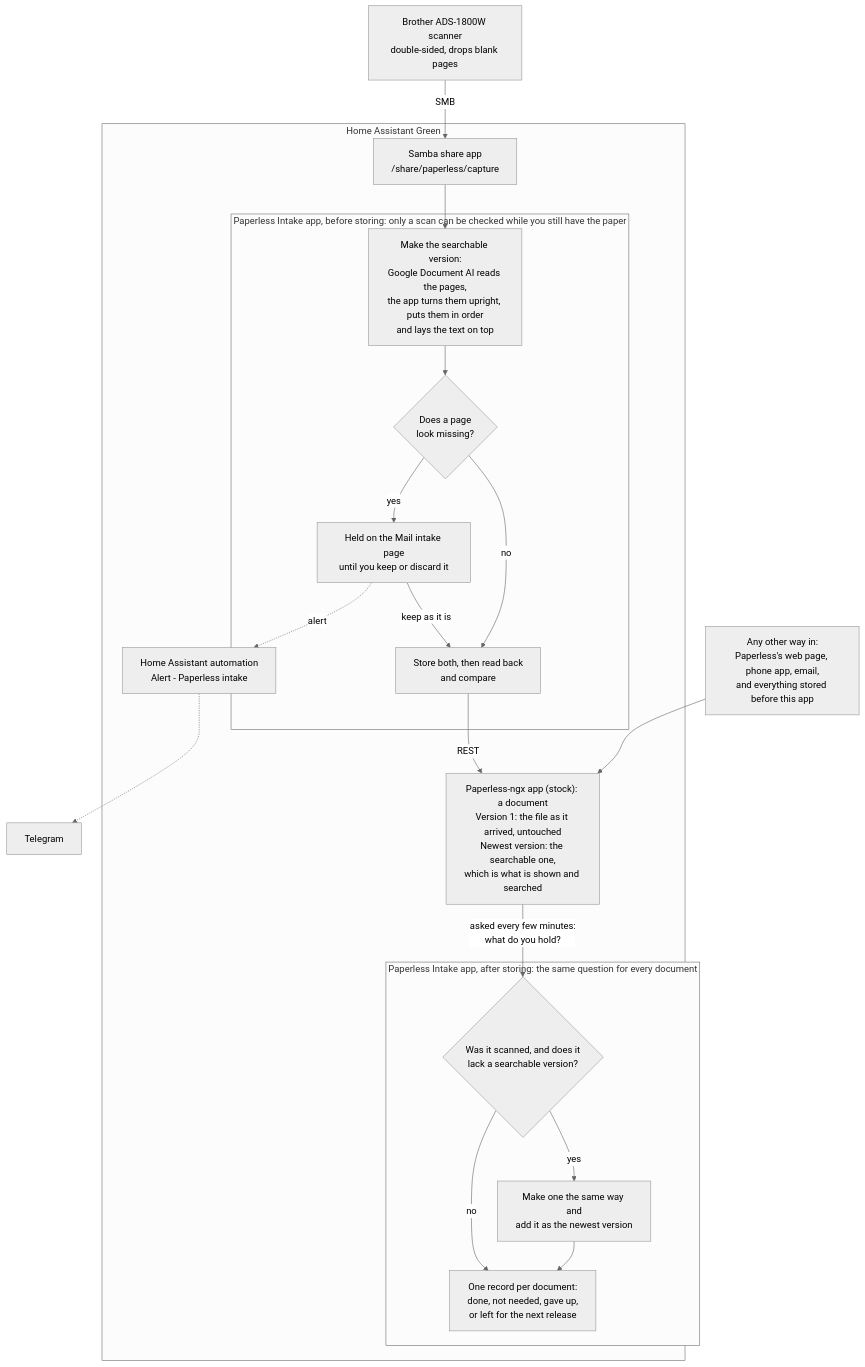
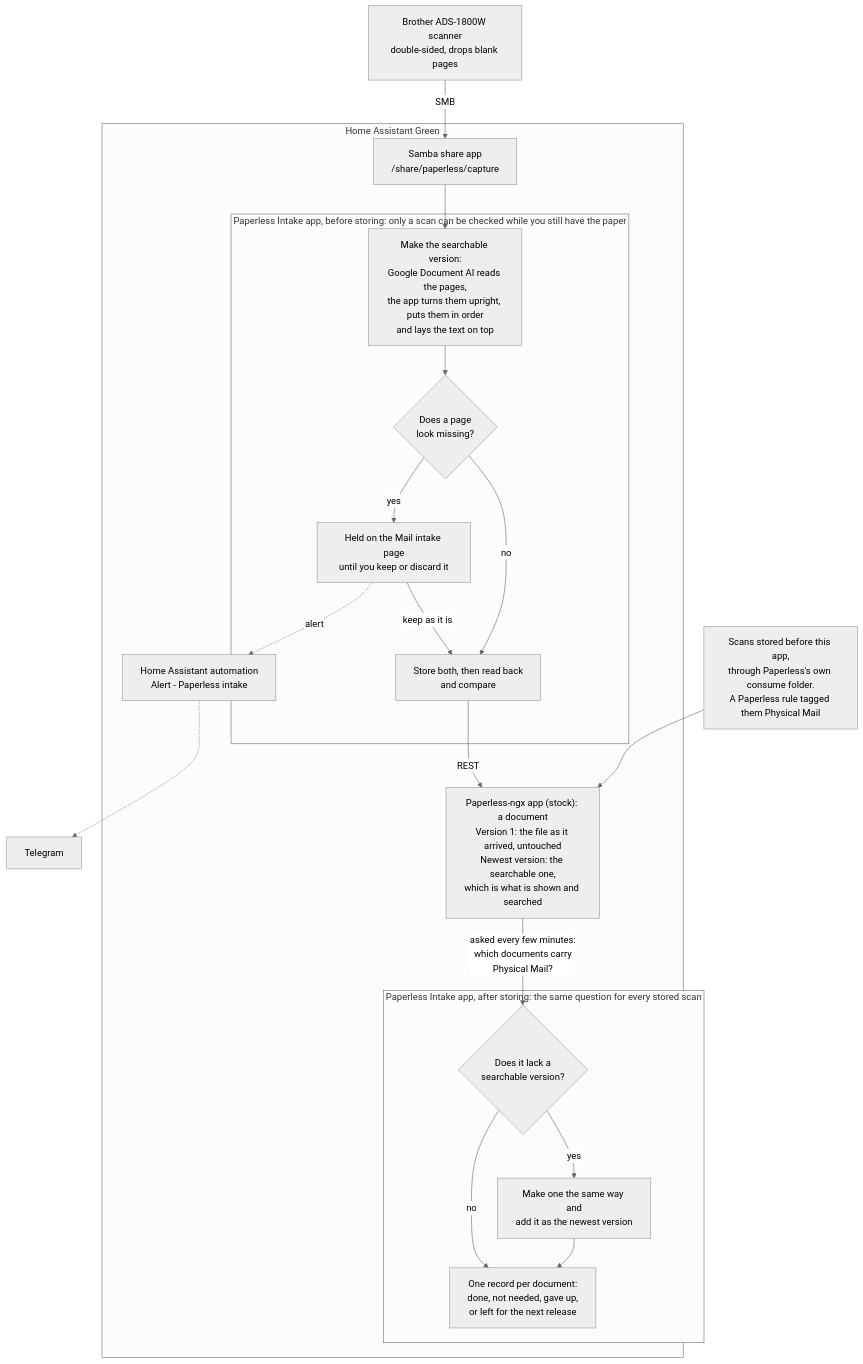
Before and after one commit to JaneJeon/homeassistant-apps: the diagram in paperless-ngx-intake/README.md, drawn with Mermaid (neutral theme). The commit also changed other lines of this file and 14 other files, not shown here.

First line of the commit message:
Paperless Intake 1.3.1: scanner only, and the Physical Mail tag is the boundary (#52)

````diff
--- a/paperless-ngx-intake/README.md
+++ b/paperless-ngx-intake/README.md
@@ -7,38 +9,38 @@
 ```mermaid
 flowchart TD
     scanner["Brother ADS-1800W scanner<br/>double-sided, drops blank pages"]
-    doors["Any other way in:<br/>Paperless's web page, phone app, email,<br/>and everything stored before this app"]
+    old["Scans stored before this app,<br/>through Paperless's own consume folder.<br/>A Paperless rule tagged them Physical Mail"]
     telegram["Telegram"]
 
     subgraph green["Home Assistant Green"]
         samba["Samba share app<br/>/share/paperless/capture"]
 
         subgraph before["Paperless Intake app, before storing: only a scan can be checked while you still have the paper"]
             make["Make the searchable version:<br/>Google Document AI reads the pages,<br/>the app turns them upright, puts them in order<br/>and lays the text on top"]
             gap{"Does a page<br/>look missing?"}
             held["Held on the Mail intake page<br/>until you keep or discard it"]
             store["Store both, then read back<br/>and compare"]
         end
 
         doc["Paperless-ngx app (stock): a document<br/>Version 1: the file as it arrived, untouched<br/>Newest version: the searchable one,<br/>which is what is shown and searched"]
 
-        subgraph after["Paperless Intake app, after storing: the same question for every document"]
-            need{"Was it scanned, and does it<br/>lack a searchable version?"}
+        subgraph after["Paperless Intake app, after storing: the same question for every stored scan"]
+            need{"Does it lack a<br/>searchable version?"}
             add["Make one the same way and<br/>add it as the newest version"]
             record["One record per document:<br/>done, not needed, gave up,<br/>or left for the next release"]
         end
 
         ha["Home Assistant automation<br/>Alert - Paperless intake"]
     end
 
     scanner -- "SMB" --> samba --> make --> gap
     gap -- "no" --> store
     gap -- "yes" --> held
     held -- "keep as it is" --> store
     store -- "REST" --> doc
-    doors --> doc
-    doc -- "asked every few minutes:<br/>what do you hold?" --> need
+    old --> doc
+    doc -- "asked every few minutes:<br/>which documents carry<br/>Physical Mail?" --> need
     need -- "yes" --> add --> record
     need -- "no" --> record
     held -. "alert" .-> ha -.-> telegram
 ```
````
